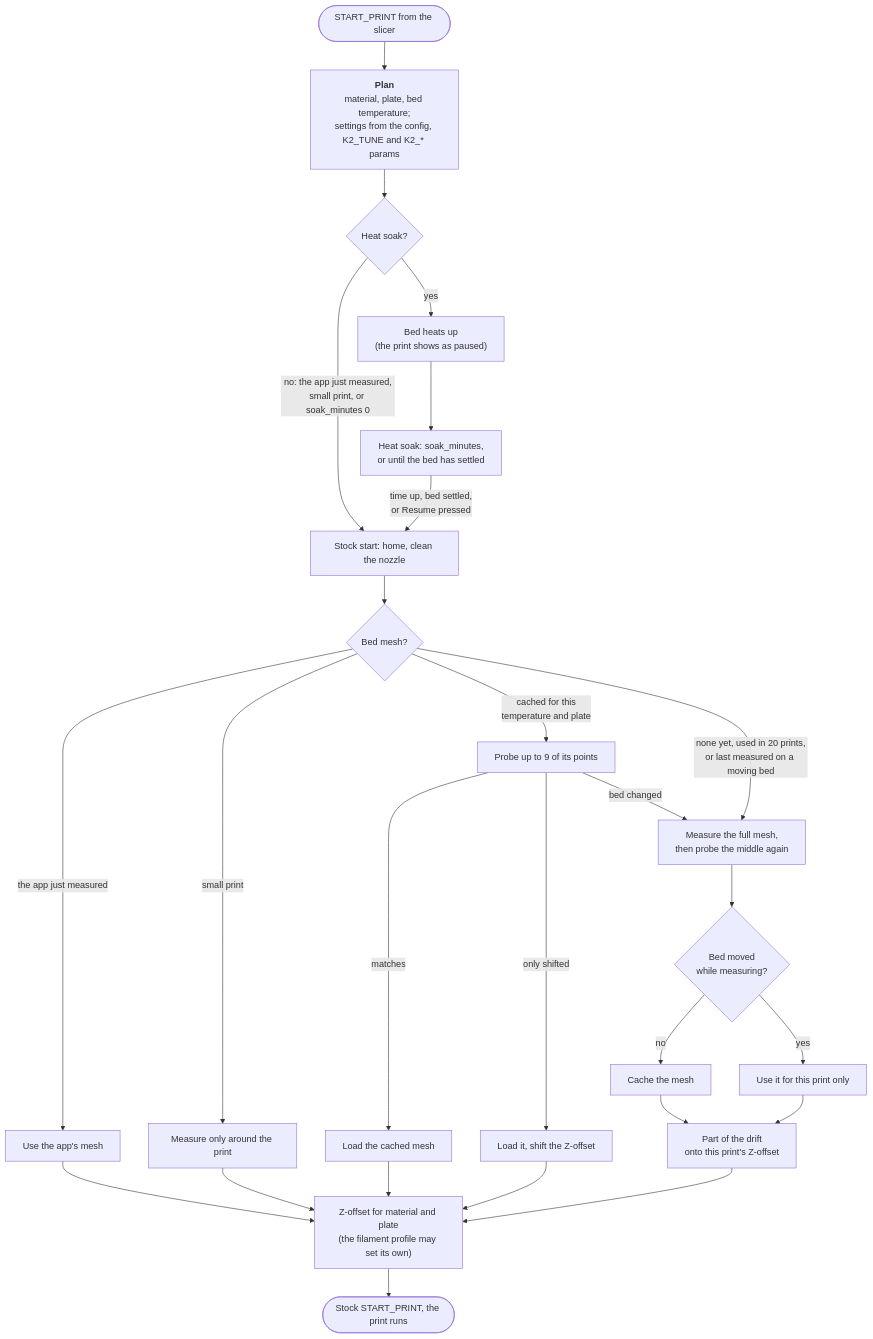
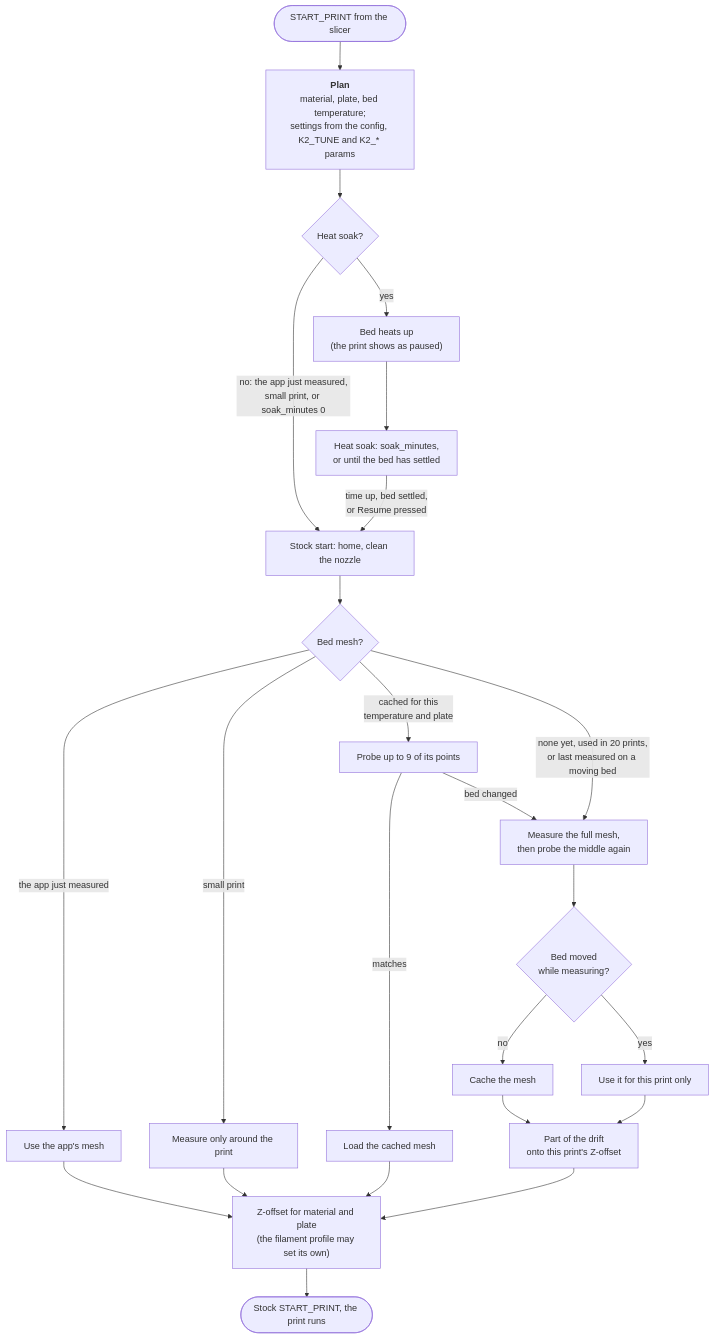
Before and after one commit to xeladotbe/k2-override-stick: the diagram in README.md, drawn with Mermaid. The commit also changed other lines of this file and 9 other files, not shown here.

First line of the commit message:
refactor(mesh)!: drop the Z-offset shift and the point factor from the mesh check

````diff
--- a/README.md
+++ b/README.md
@@ -90,35 +90,33 @@
 ```mermaid
 flowchart TD
     start(["START_PRINT from the slicer"]) --> plan["<b>Plan</b><br/>material, plate, bed temperature;<br/>settings from the config, K2_TUNE and K2_* params"]
     plan --> soakq{"Heat soak?"}
 
     soakq -->|"no: the app just measured,<br/>small print, or soak_minutes 0"| stock
     soakq -->|yes| heat["Bed heats up<br/>(the print shows as paused)"]
     heat --> soak["Heat soak: soak_minutes,<br/>or until the bed has settled"]
     soak -->|"time up, bed settled,<br/>or Resume pressed"| stock
 
     stock["Stock start: home, clean the nozzle"] --> meshq{"Bed mesh?"}
 
     meshq -->|"the app just measured"| appmesh["Use the app's mesh"]
     meshq -->|"small print"| adaptive["Measure only around the print"]
     meshq -->|"cached for this<br/>temperature and plate"| check["Probe up to 9 of its points"]
     meshq -->|"none yet, used in 20 prints,<br/>or last measured on a moving bed"| full
 
     check -->|matches| load["Load the cached mesh"]
-    check -->|"only shifted"| shifted["Load it, shift the Z-offset"]
     check -->|"bed changed"| full["Measure the full mesh,<br/>then probe the middle again"]
 
     full --> moving{"Bed moved<br/>while measuring?"}
     moving -->|no| cache["Cache the mesh"]
     moving -->|yes| once["Use it for this print only"]
     cache --> drift["Part of the drift<br/>onto this print's Z-offset"]
     once --> drift
 
     appmesh --> z
     adaptive --> z
     load --> z
-    shifted --> z
     drift --> z
 
     z["Z-offset for material and plate<br/>(the filament profile may set its own)"] --> print(["Stock START_PRINT, the print runs"])
 ```
````
